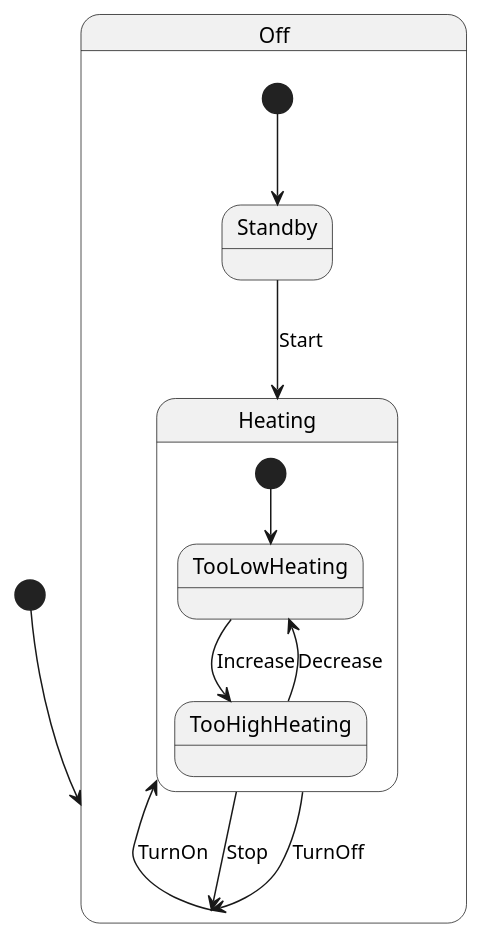
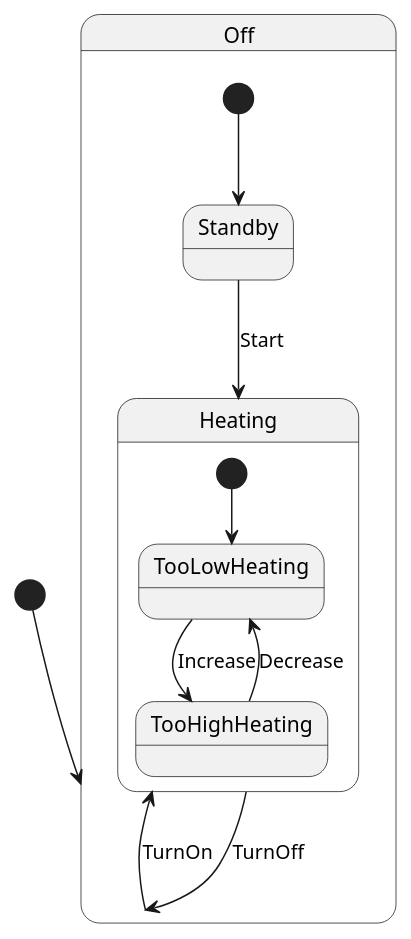
The diagram in diagrams/states/etats.puml (chauffapagnan/documentation), drawn with PlantUML before and after one commit.

```diff
--- a/diagrams/states/etats.puml
+++ b/diagrams/states/etats.puml
@@ -1,17 +1,16 @@
 @startuml
 [*] --> Off
 
 state Off {
   [*] --> Standby
   Standby --> Heating : Start
 }
 state Heating {
   [*] --> TooLowHeating
   TooLowHeating --> TooHighHeating : Increase
   TooHighHeating --> TooLowHeating : Decrease
-  Heating --> Off : Stop
 }
 
 Off --> Heating : TurnOn
 Heating --> Off : TurnOff
 @enduml
```
